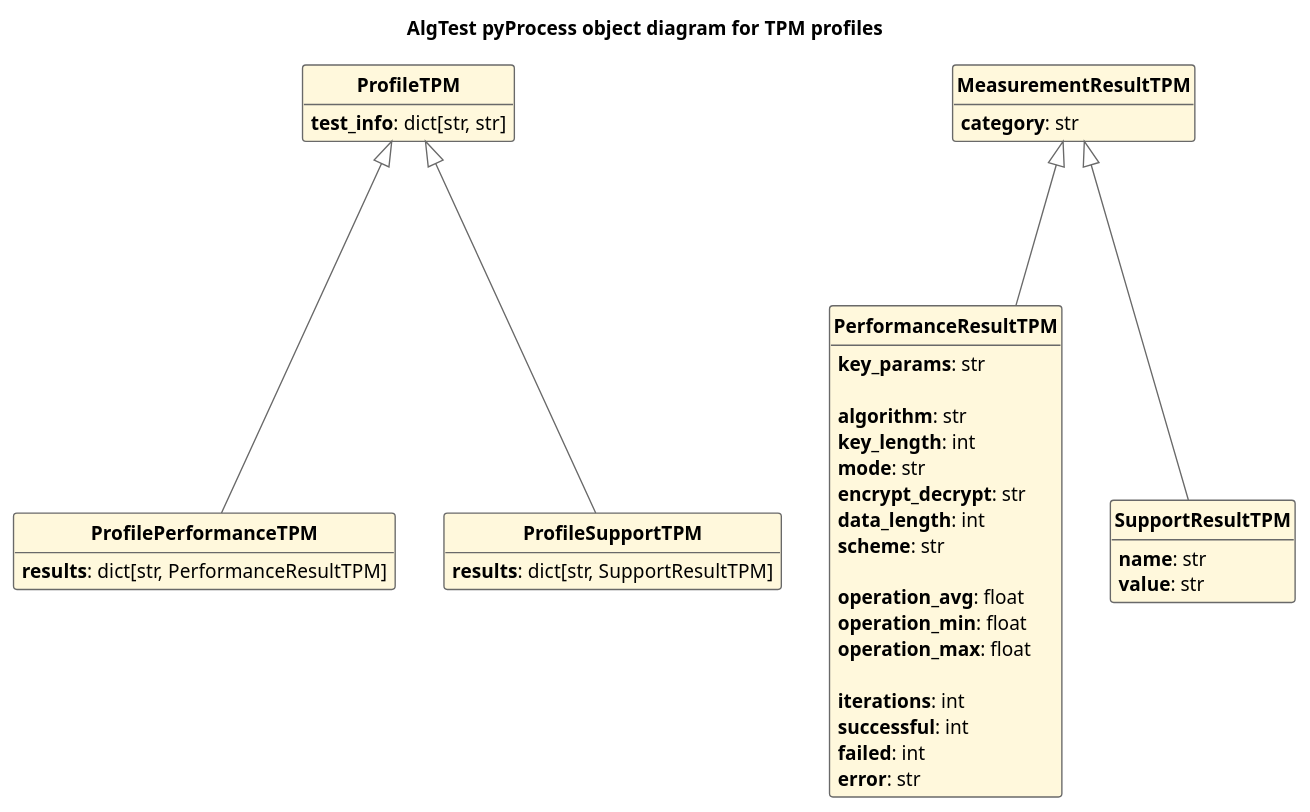
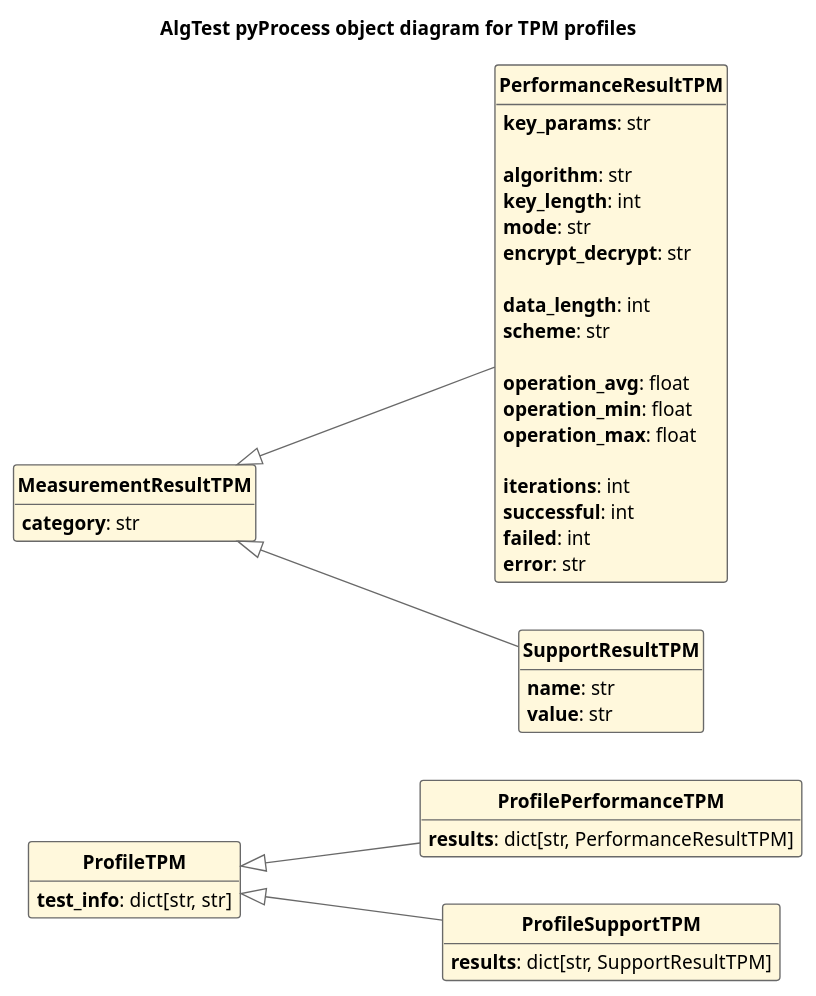
Before and after one commit to tjaros/d-thesis: the diagram in img/object_diagrams/object_tpm.plantuml, drawn with PlantUML. The commit also changed 7 other files, not shown here.

```diff
--- a/img/object_diagrams/object_tpm.plantuml
+++ b/img/object_diagrams/object_tpm.plantuml
@@ -1,73 +1,76 @@
 @startuml
 hide empty attributes
 hide empty methods
 hide circle
 
 skinparam shadowing false
 skinparam classFontStyle Bold
 skinparam ActivityBackgroundColor Silver
 skinparam ActivityBorderColor DimGray
+
+left to right direction
 
 skinparam class {
     BackgroundColor Cornsilk
     ArrowColor DimGray
     BorderThickness 1
     BorderColor DimGray
 }
 
 title "AlgTest pyProcess object diagram for TPM profiles"
 
 
 
 class "ProfileTPM" as Object\ProfileTPM {
-    **test_info**: dict[str, str] 
+    **test_info**: dict[str, str]
 }
 
 class "ProfilePerformanceTPM" as Object\ProfilePerformanceTPM {
     **results**: dict[str, PerformanceResultTPM]
 }
 
 class "ProfileSupportTPM" as Object\ProfileSupportTPM {
     **results**: dict[str, SupportResultTPM]
 }
 
 
 class "MeasurementResultTPM" as Object\MeasurementResultTPM {
     **category**: str
 }
 
 class "PerformanceResultTPM" as Object\PerformanceResultTPM {
         **key_params**: str
 
         **algorithm**: str
         **key_length**: int
         **mode**: str
         **encrypt_decrypt**: str
+
         **data_length**: int
         **scheme**: str
 
         **operation_avg**: float
         **operation_min**: float
         **operation_max**: float
 
         **iterations**: int
         **successful**: int
         **failed**: int
         **error**: str
 
 }
 
 class "SupportResultTPM" as Object\SupportResultTPM {
     **name**: str
     **value**: str
 }
 
 
 Object\ProfileTPM <|---  Object\ProfileSupportTPM
 
 Object\ProfileTPM <|---  Object\ProfilePerformanceTPM
 
 Object\MeasurementResultTPM <|--- Object\PerformanceResultTPM
+
 Object\MeasurementResultTPM <|--- Object\SupportResultTPM
-
 @enduml
```
